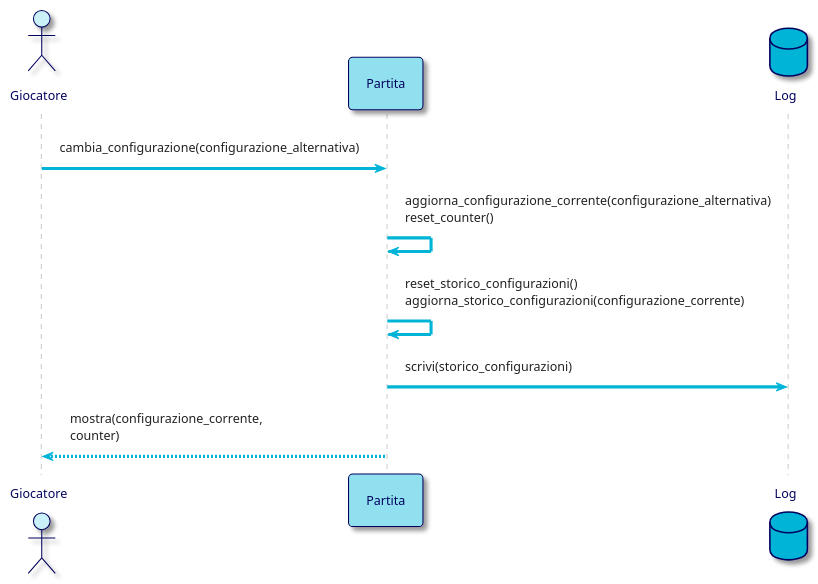
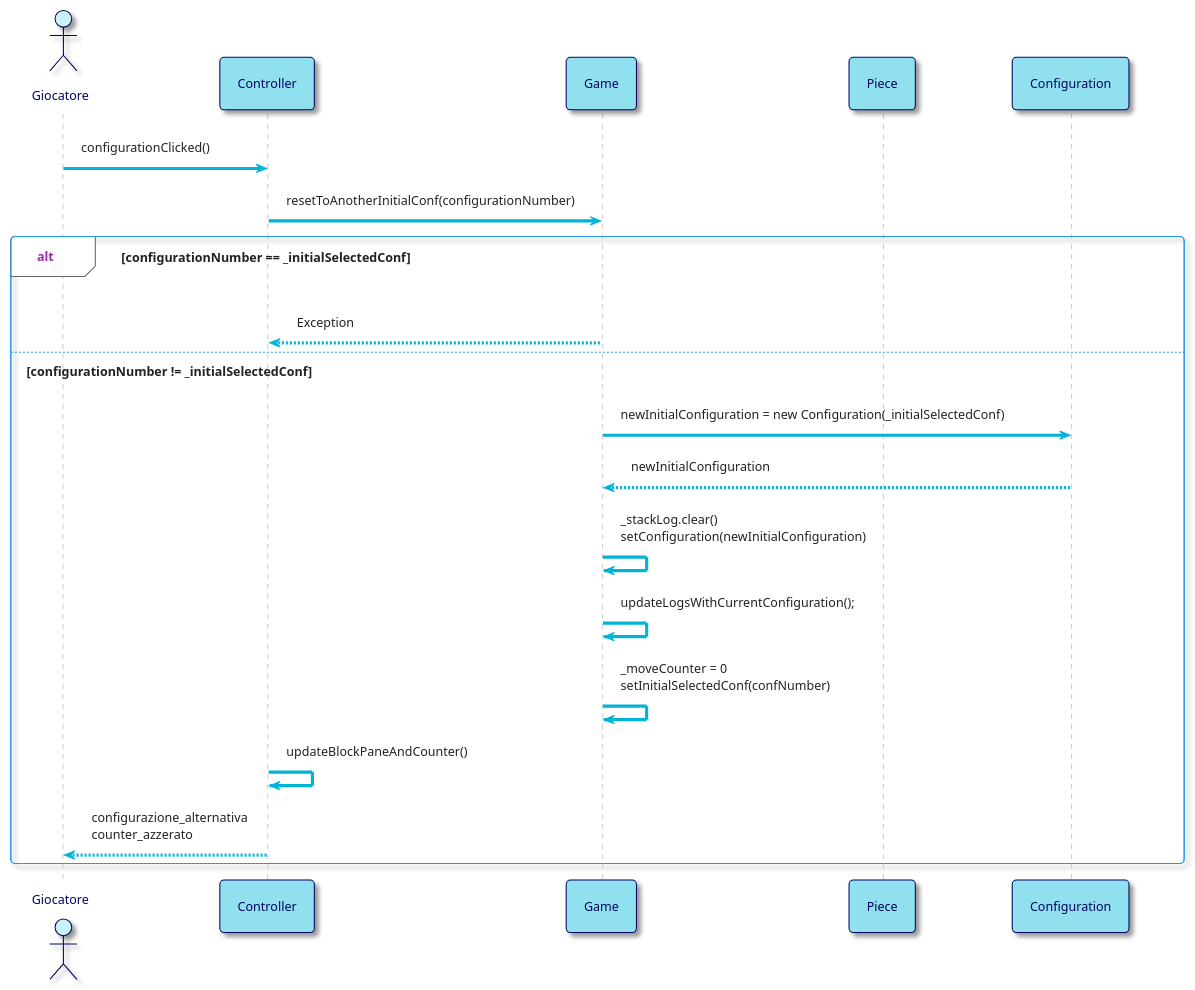
Before and after one commit to bellins14/klotski_gruppo2: the third of 6 diagrams in resources/Sequence_Diagrams.md, drawn with PlantUML.

````diff
--- a/resources/Sequence_Diagrams.md
+++ b/resources/Sequence_Diagrams.md
@@ -166,32 +166,41 @@
 ```plantuml
 @startuml
 !theme materia-outline
 
 skinparam ArrowColor #00B4D8
 skinparam ActorBorderColor #03045E
 skinparam ActorFontColor #03045E
 skinparam ActorBackgroundColor #CAF0F8
 skinparam ParticipantFontColor #03045E
 skinparam ParticipantBorderColor #03045E
 skinparam ParticipantBackgroundColor #90E0EF
 skinparam DatabaseBorderColor #03045E
 skinparam DatabaseBackgroundColor #00B4D8
 skinparam DatabaseFontColor #03045E
 skinparam BackgroundColor #FFFFFF
 
 actor Giocatore 
-participant Partita
-database Log
-
-Giocatore -> Partita: cambia_configurazione(configurazione_alternativa)
-    
-
-Partita -> Partita: aggiorna_configurazione_corrente(configurazione_alternativa)\nreset_counter()
-Partita -> Partita: reset_storico_configurazioni() \naggiorna_storico_configurazioni(configurazione_corrente)
-Partita -> Log: scrivi(storico_configurazioni)
+participant Controller
+participant Game
+participant Piece
 
 
-Partita-->Giocatore: mostra(configurazione_corrente,\ncounter)
+Giocatore -> Controller: configurationClicked()
+Controller -> Game: resetToAnotherInitialConf(configurationNumber)
 
+alt configurationNumber == _initialSelectedConf
+Game --> Controller: Exception
+
+else configurationNumber != _initialSelectedConf
+
+Game -> Configuration: newInitialConfiguration = new Configuration(_initialSelectedConf)
+Configuration --> Game: newInitialConfiguration
+Game -> Game: _stackLog.clear() \nsetConfiguration(newInitialConfiguration)
+Game -> Game: updateLogsWithCurrentConfiguration();
+Game -> Game: _moveCounter = 0 \nsetInitialSelectedConf(confNumber)
+Controller -> Controller: updateBlockPaneAndCounter()
+Controller --> Giocatore: configurazione_alternativa \ncounter_azzerato
+
+end
 @enduml
 ```
````
